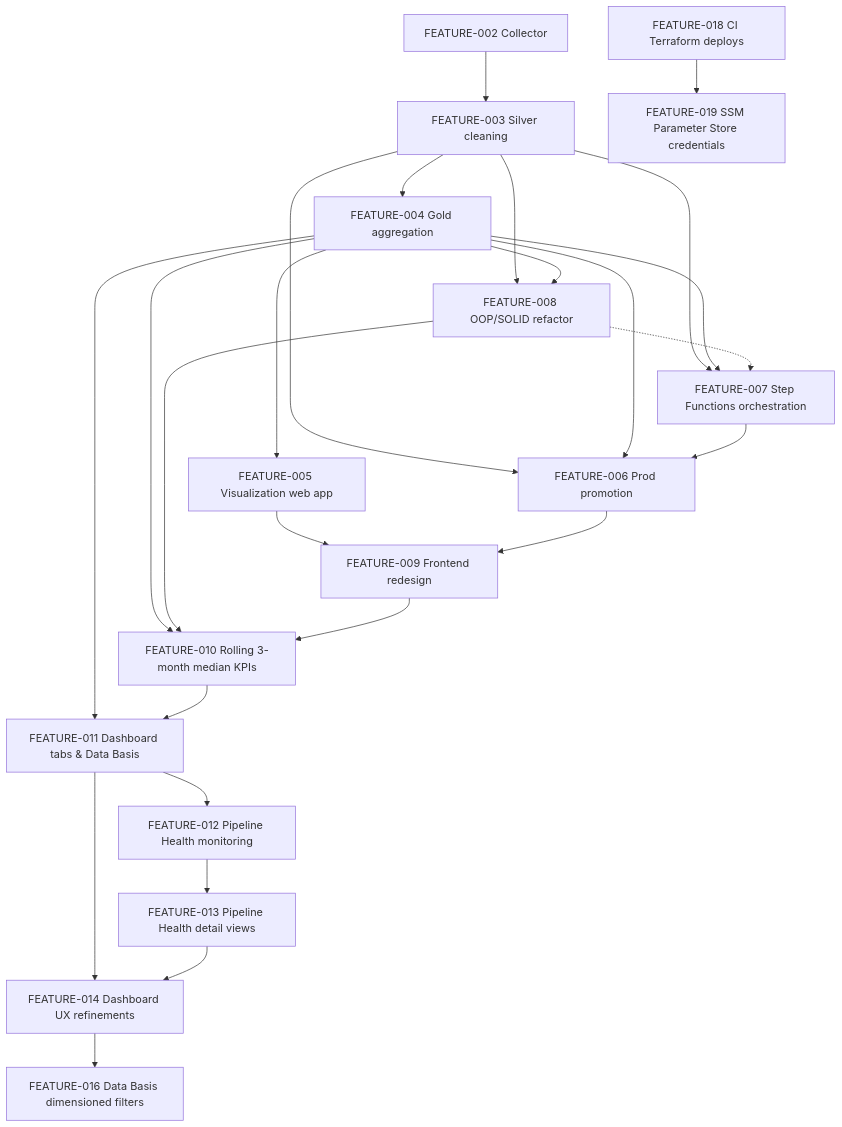
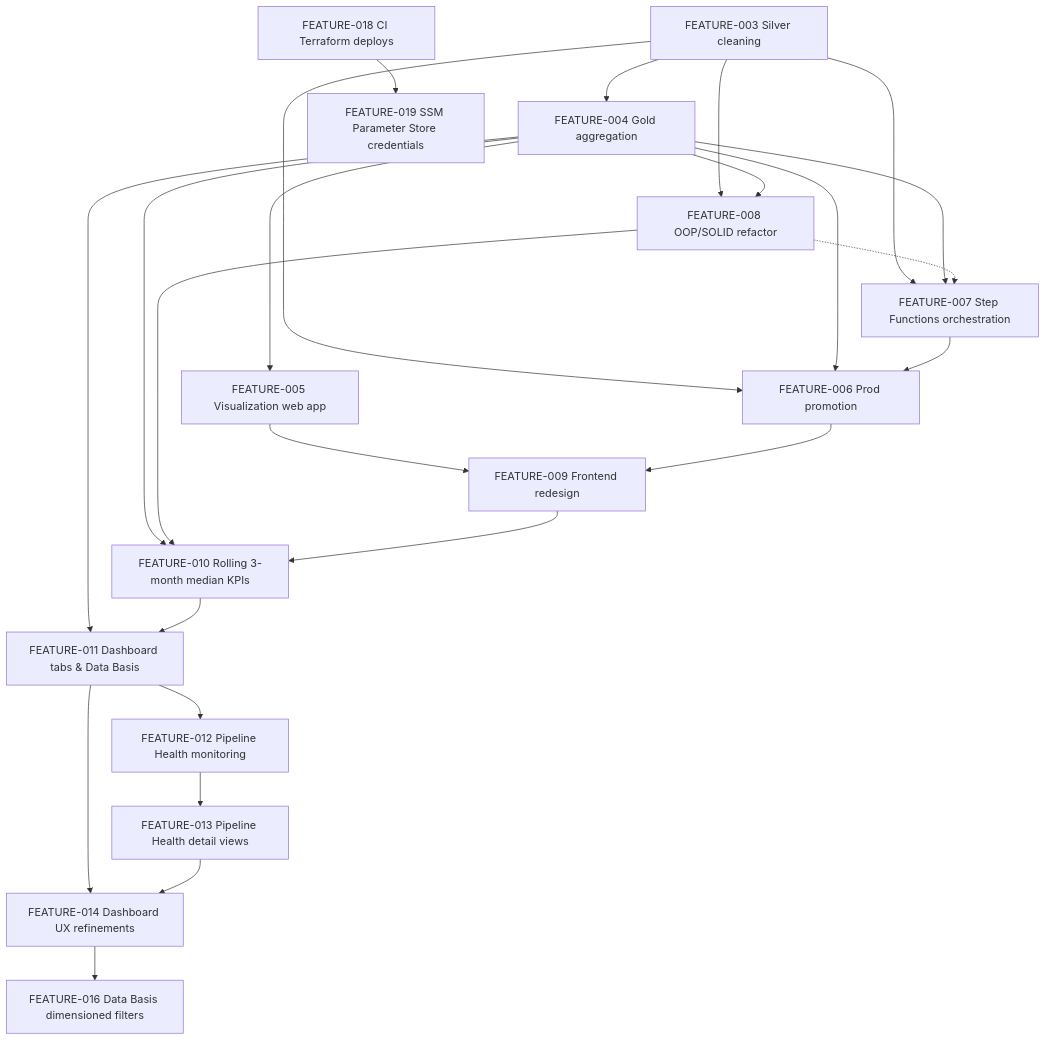
One commit to LeopoldWalther/vlc-market-pulse changed the diagram in dev/plans/README.md. Above: the diagram before and after it, drawn with Mermaid. The commit also changed other lines of this file and 7 other files, not shown here.

````diff
--- a/dev/plans/README.md
+++ b/dev/plans/README.md
@@ -33,28 +32,27 @@
 ```mermaid
 graph TD
-    F002[FEATURE-002 Collector] --> F003[FEATURE-003 Silver cleaning]
-    F003 --> F004[FEATURE-004 Gold aggregation]
+    F003[FEATURE-003 Silver cleaning] --> F004[FEATURE-004 Gold aggregation]
     F004 --> F005[FEATURE-005 Visualization web app]
     F003 --> F006[FEATURE-006 Prod promotion]
     F004 --> F006
     F003 --> F007[FEATURE-007 Step Functions orchestration]
     F004 --> F007
     F007 --> F006
     F003 --> F008[FEATURE-008 OOP/SOLID refactor]
     F004 --> F008
     F008 -.-> F007
     F005 --> F009[FEATURE-009 Frontend redesign]
     F006 --> F009
     F004 --> F010[FEATURE-010 Rolling 3-month median KPIs]
     F008 --> F010
     F009 --> F010
     F004 --> F011[FEATURE-011 Dashboard tabs & Data Basis]
     F010 --> F011
     F011 --> F012[FEATURE-012 Pipeline Health monitoring]
     F012 --> F013[FEATURE-013 Pipeline Health detail views]
     F011 --> F014[FEATURE-014 Dashboard UX refinements]
     F013 --> F014
     F014 --> F016[FEATURE-016 Data Basis dimensioned filters]
     F018[FEATURE-018 CI Terraform deploys]
     F018 --> F019[FEATURE-019 SSM Parameter Store credentials]
 ```
````
